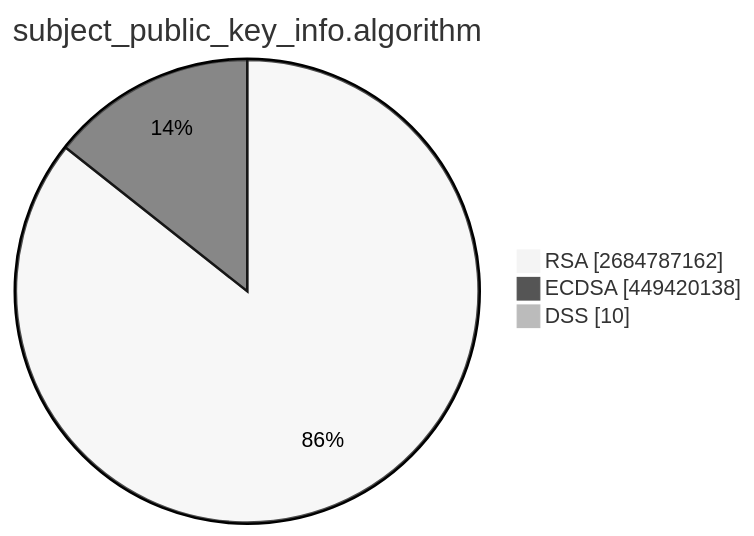
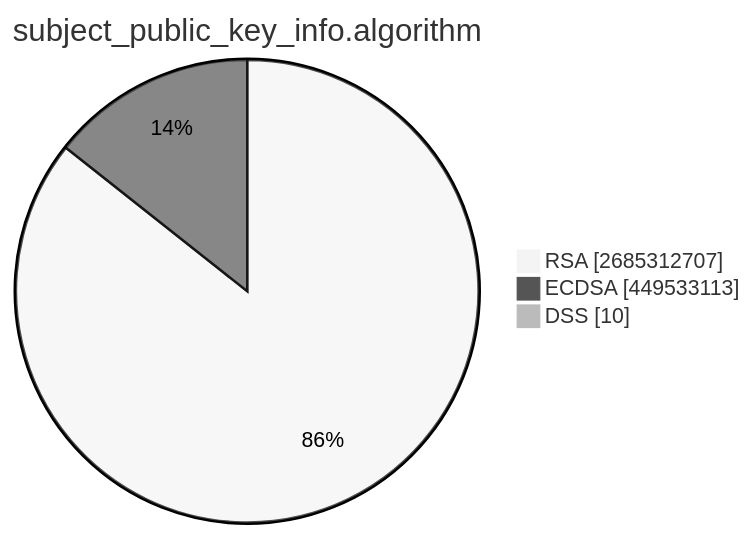
The second of 15 diagrams in TOTAL/README.md (christiankrug/ctmonitor_visualization), drawn with Mermaid (neutral theme) before and after one commit. The commit also changed other lines of this file, not shown here.

````diff
--- a/TOTAL/README.md
+++ b/TOTAL/README.md
@@ -6,7 +6,7 @@
 ```mermaid
 pie showData
 title subject_public_key_info.algorithm
-"RSA" :2684787162
-"ECDSA" :449420138
+"RSA" :2685312707
+"ECDSA" :449533113
 "DSS" :10
 ```
````
